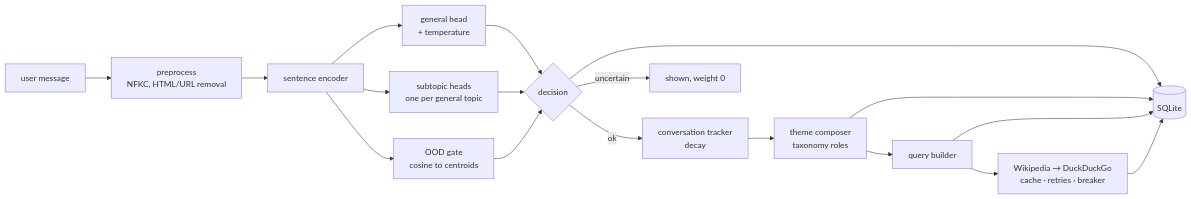
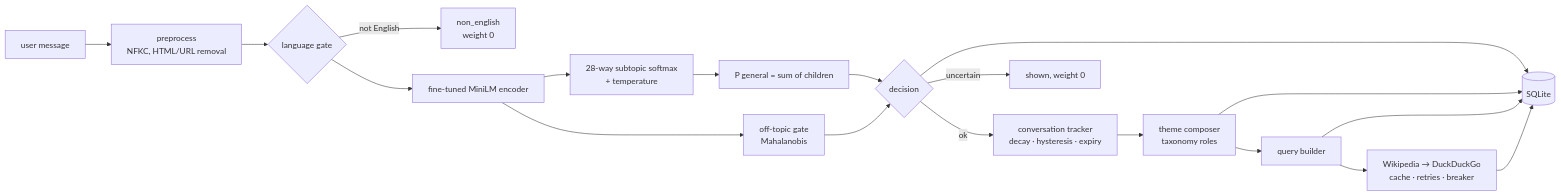
The diagram in README.md (Ozgurisikdamar/Cont), drawn with Mermaid before and after one commit. The commit also changed other lines of this file and 2 other files, not shown here.

````diff
--- a/README.md
+++ b/README.md
@@ -60,15 +64,17 @@
 ```mermaid
 flowchart LR
     U[user message] --> P[preprocess<br/>NFKC, HTML/URL removal]
-    P --> E[sentence encoder]
-    E --> G[general head<br/>+ temperature]
-    E --> S[subtopic heads<br/>one per general topic]
-    E --> O[OOD gate<br/>cosine to centroids]
-    G & S & O --> D{decision}
-    D -->|ok| T[conversation tracker<br/>decay]
+    P --> L{language gate}
+    L -->|not English| NE[non_english<br/>weight 0]
+    L --> E[fine-tuned MiniLM encoder]
+    E --> H[28-way subtopic softmax<br/>+ temperature]
+    H --> G[P general = sum of children]
+    E --> O[off-topic gate<br/>Mahalanobis]
+    G & O --> D{decision}
+    D -->|ok| T[conversation tracker<br/>decay · hysteresis · expiry]
     D -->|uncertain| T0[shown, weight 0]
     T --> C[theme composer<br/>taxonomy roles]
     C --> Q[query builder]
     Q --> W[Wikipedia → DuckDuckGo<br/>cache · retries · breaker]
     D & C & Q & W --> DB[(SQLite)]
 ```
````
